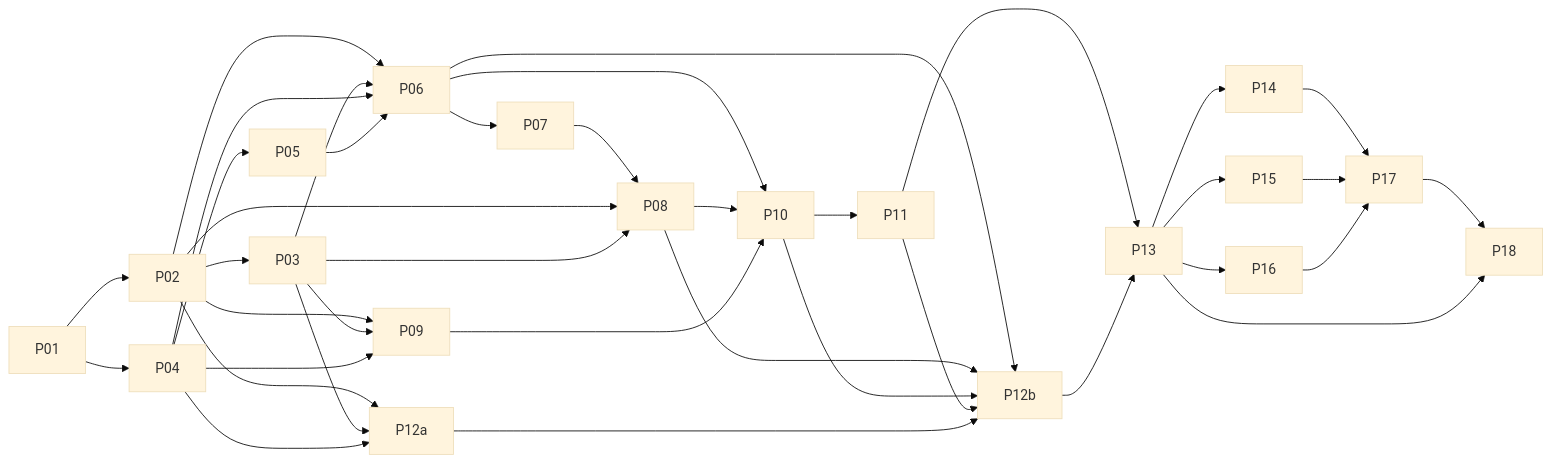
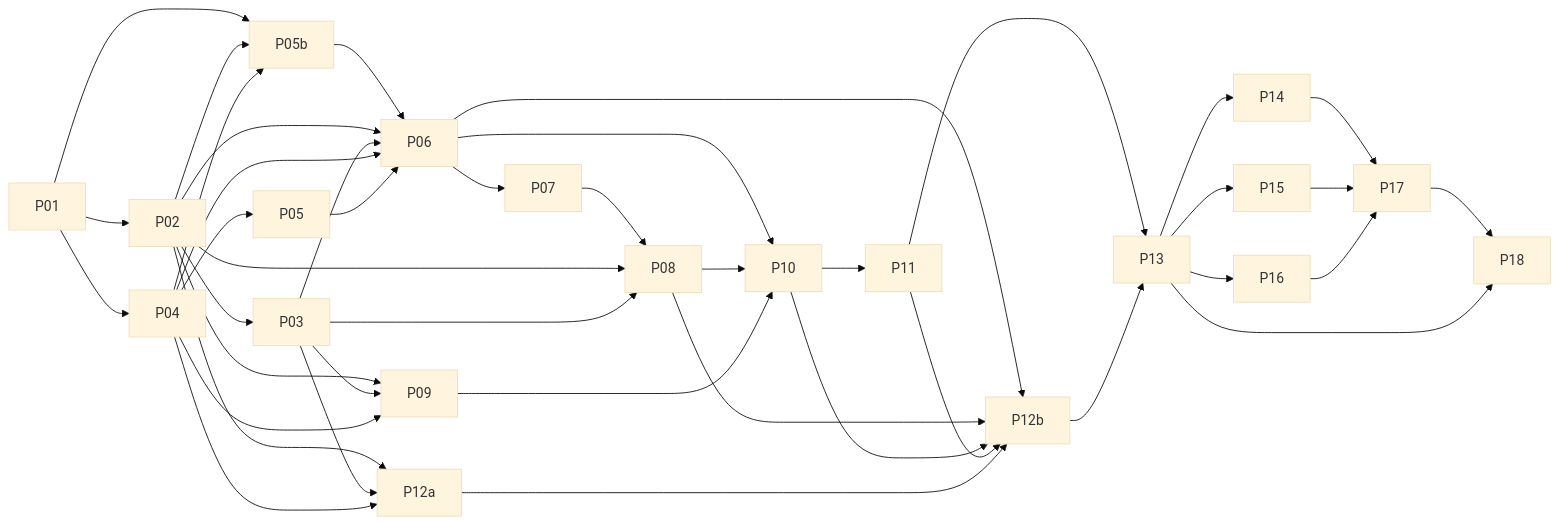
Before and after one commit to antorrrr/aruco_marker_tracking_and_following_ros2: the second of 2 diagrams in plans/consolidation-blueprint.md, drawn with Mermaid (base theme). The commit also changed other lines of this file and 9 other files, not shown here.

````diff
--- a/plans/consolidation-blueprint.md
+++ b/plans/consolidation-blueprint.md
@@ -86,32 +89,36 @@
 ```mermaid
 flowchart LR
  P01 --> P02 --> P03
  P01 --> P04 --> P05
+ P01 --> P05b
+ P02 --> P05b
+ P04 --> P05b
+ P05b --> P06
  P02 --> P06
  P03 --> P06
  P04 --> P06
  P05 --> P06 --> P07 --> P08
  P02 --> P08
  P03 --> P08
  P02 --> P09
  P03 --> P09
  P04 --> P09
  P06 --> P10
  P08 --> P10
  P09 --> P10 --> P11
  P02 --> P12a
  P03 --> P12a
  P04 --> P12a
  P06 --> P12b
  P08 --> P12b
  P10 --> P12b
  P11 --> P12b
  P12a --> P12b
  P11 --> P13
  P12b --> P13
  P13 --> P14 --> P17
  P13 --> P15 --> P17
  P13 --> P16 --> P17
  P17 --> P18
  P13 --> P18
 ```
````
